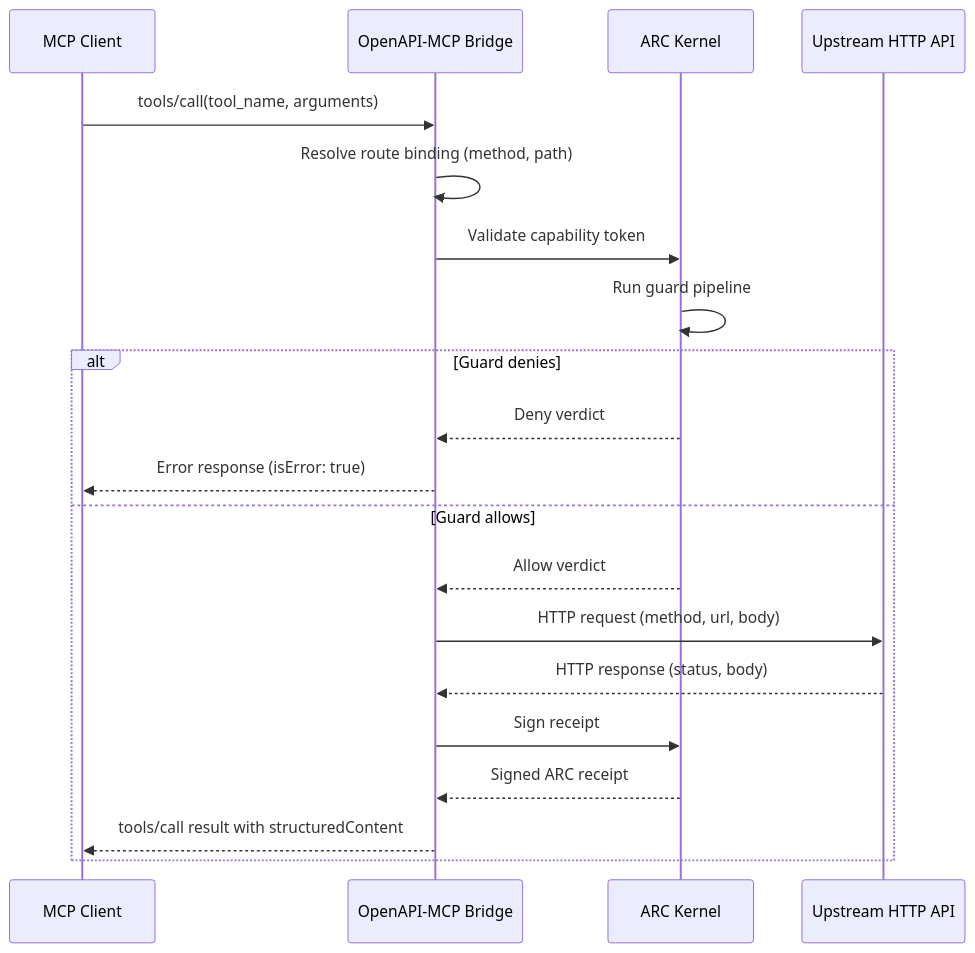
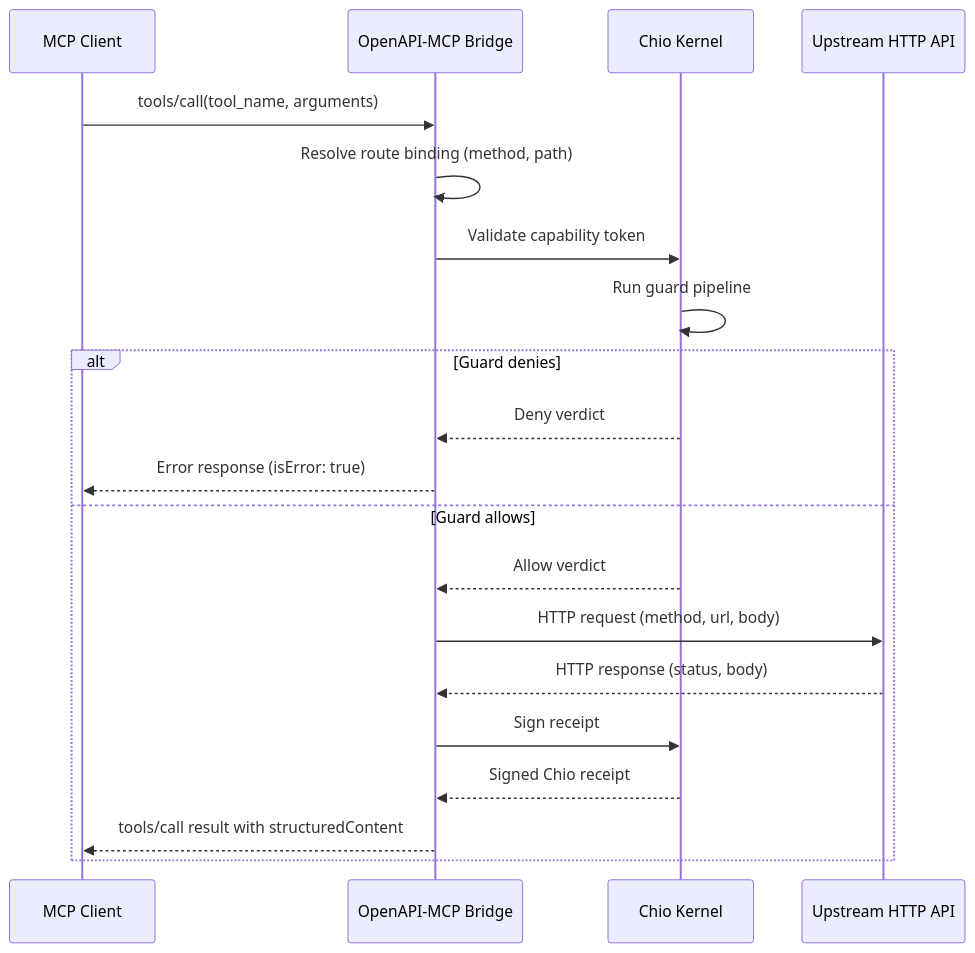
The first of 4 diagrams in spec/BRIDGES.md (bb-connor/arc), drawn with Mermaid before and after one commit. The commit also changed other lines of this file and 3351 other files, not shown here.

First line of the commit message:
feat(rename): arc → chio full overhaul

````diff
--- a/spec/BRIDGES.md
+++ b/spec/BRIDGES.md
@@ -56,23 +56,23 @@
 ```mermaid
 sequenceDiagram
     participant C as MCP Client
     participant B as OpenAPI-MCP Bridge
-    participant K as ARC Kernel
+    participant K as Chio Kernel
     participant U as Upstream HTTP API
 
     C->>B: tools/call(tool_name, arguments)
     B->>B: Resolve route binding (method, path)
     B->>K: Validate capability token
     K->>K: Run guard pipeline
     alt Guard denies
         K-->>B: Deny verdict
         B-->>C: Error response (isError: true)
     else Guard allows
         K-->>B: Allow verdict
         B->>U: HTTP request (method, url, body)
         U-->>B: HTTP response (status, body)
         B->>K: Sign receipt
-        K-->>B: Signed ARC receipt
+        K-->>B: Signed Chio receipt
         B-->>C: tools/call result with structuredContent
     end
 ```
````
